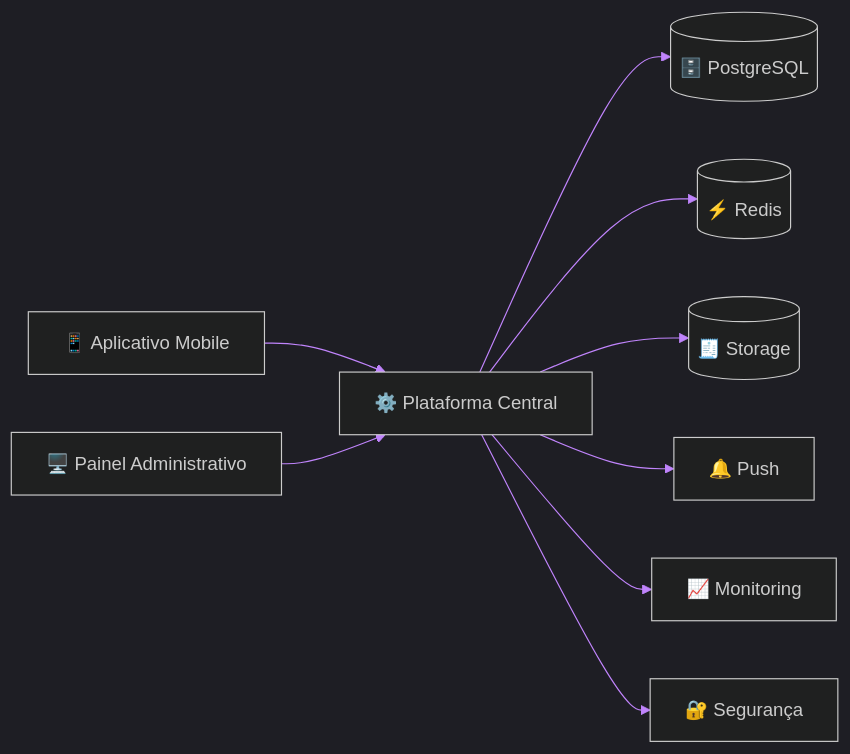
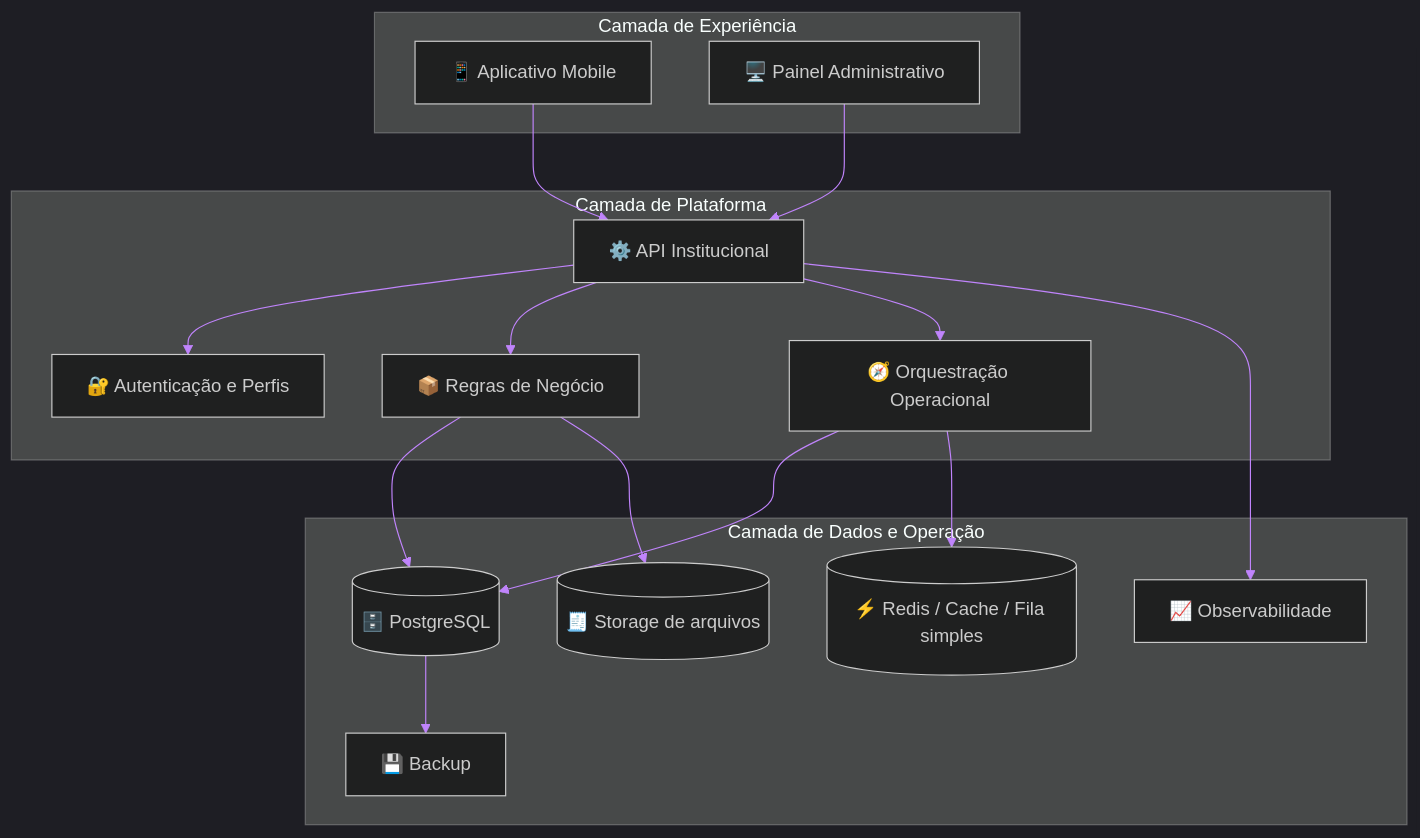
One commit to matheusdiamantino-betalent/questions-ai changed the second of 8 diagrams in test.md. Above: the diagram before and after it, drawn with Mermaid. The commit also changed other lines of this file, not shown here.

````diff
--- a/test.md
+++ b/test.md
@@ -157,22 +176,45 @@
 ```mermaid
 %%{init: {
 'theme':'dark',
 'themeVariables':{
 'background':'#030712',
 'primaryColor':'#22D3EE',
 'primaryTextColor':'#F8FAFC',
-'primaryBorderColor':'#A3E635',
+'primaryBorderColor':'#39FF14',
 'lineColor':'#C084FC',
 'secondaryColor':'#111827',
 'secondaryTextColor':'#F8FAFC'
 }}}%%
-flowchart LR
-A[📱 Aplicativo Mobile] --> B[⚙️ Plataforma Central]
-C[🖥️ Painel Administrativo] --> B
-B --> D[(🗄️ PostgreSQL)]
-B --> E[(⚡ Redis)]
-B --> F[(🧾 Storage)]
-B --> G[🔔 Push]
-B --> H[📈 Monitoring]
-B --> I[🔐 Segurança]
+flowchart TB
+subgraph U1[Camada de Experiência]
+A[📱 Aplicativo Mobile]
+B[🖥️ Painel Administrativo]
+end
+
+subgraph U2[Camada de Plataforma]
+C[⚙️ API Institucional]
+D[🔐 Autenticação e Perfis]
+E[📦 Regras de Negócio]
+F[🧭 Orquestração Operacional]
+end
+
+subgraph U3[Camada de Dados e Operação]
+G[(🗄️ PostgreSQL)]
+H[(⚡ Redis / Cache / Fila simples)]
+I[(🧾 Storage de arquivos)]
+J[📈 Observabilidade]
+K[💾 Backup]
+end
+
+A --> C
+B --> C
+C --> D
+C --> E
+C --> F
+E --> G
+F --> G
+F --> H
+E --> I
+C --> J
+G --> K
 ```
````
